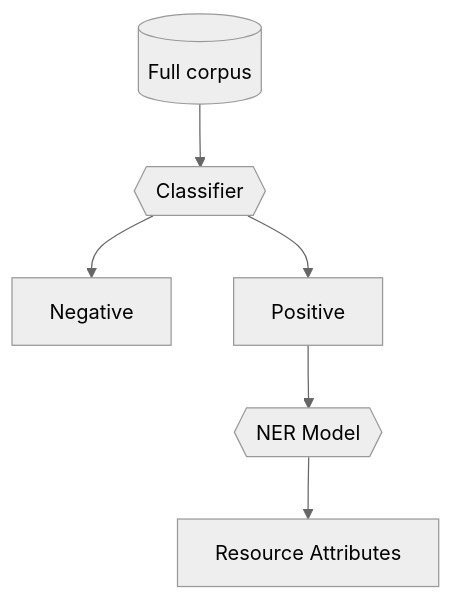
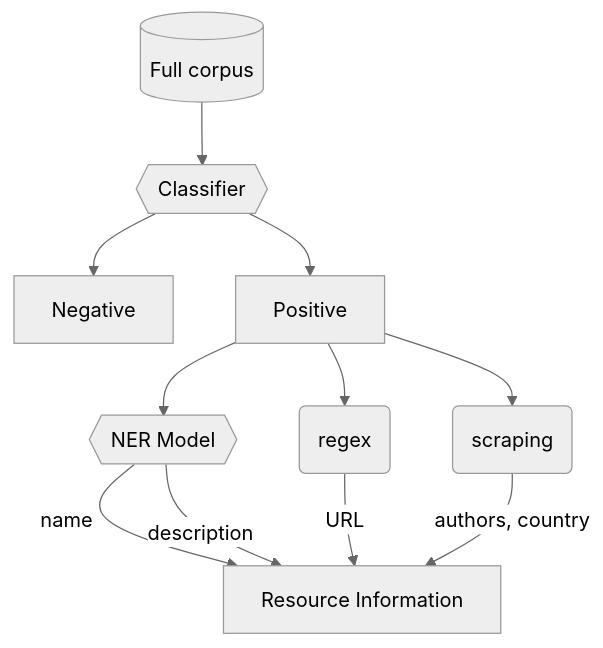
Before and after one commit to globalbiodata/inventory_2022: the fourth of 4 diagrams in README.md, drawn with Mermaid (neutral theme). The commit also changed other lines of this file, not shown here.

Commit message:
update flowcharts

````diff
--- a/README.md
+++ b/README.md
@@ -72,9 +71,14 @@
 ```mermaid
 graph TD
     corpus[(Full corpus)]
     corpus --> classifier{{Classifier}}
     classifier --> neg[Negative]
     classifier --> pos[Positive]
     pos --> ner{{NER Model}}
-    ner --> attr[Resource Attributes]
+    pos --> regex(regex)
+    pos --> scrape(scraping)
+    ner -- name --> attr[Resource Information]
+    ner -- description --> attr
+    regex -- URL --> attr
+    scrape -- authors, country --> attr
 ```
````
